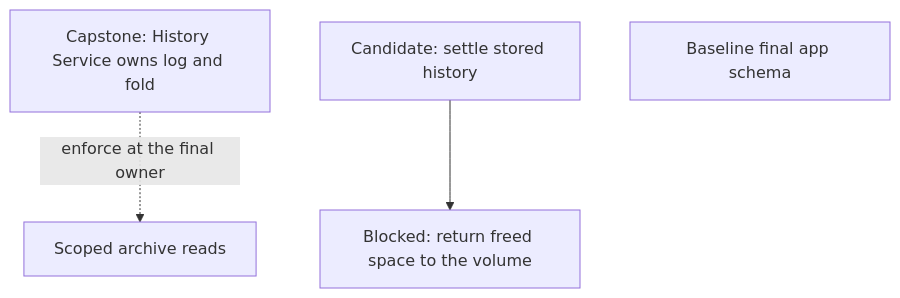
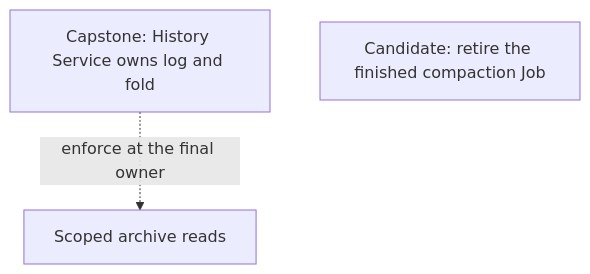
One commit to agentydragon-agent/ducktape changed the eighth of 13 diagrams in agentplane/plans/task_dag.md. Above: the diagram before and after it, drawn with Mermaid. The commit also changed other lines of this file and 7 other files, not shown here.

First line of the commit message:
agentplane/plans: dissolve finished history plans (#10092)

````diff
--- a/agentplane/plans/task_dag.md
+++ b/agentplane/plans/task_dag.md
@@ -535,10 +526,7 @@
 ```mermaid
 flowchart TD
     HISTORY_SERVICE_OWNERSHIP[Capstone: History Service owns log and fold]
-    SESSION_EVENT_COMPACTION[Candidate: settle stored history]
-    HISTORY_REPACK[Blocked: return freed space to the volume]
-    APP_ALEMBIC_SQUASH[Baseline final app schema]
+    HISTORY_COMPACTION_RETIRE[Candidate: retire the finished compaction Job]
     THREAD_READ_POLICY[Scoped archive reads]
-    SESSION_EVENT_COMPACTION --> HISTORY_REPACK
     HISTORY_SERVICE_OWNERSHIP -. enforce at the final owner .-> THREAD_READ_POLICY
 ```
````
